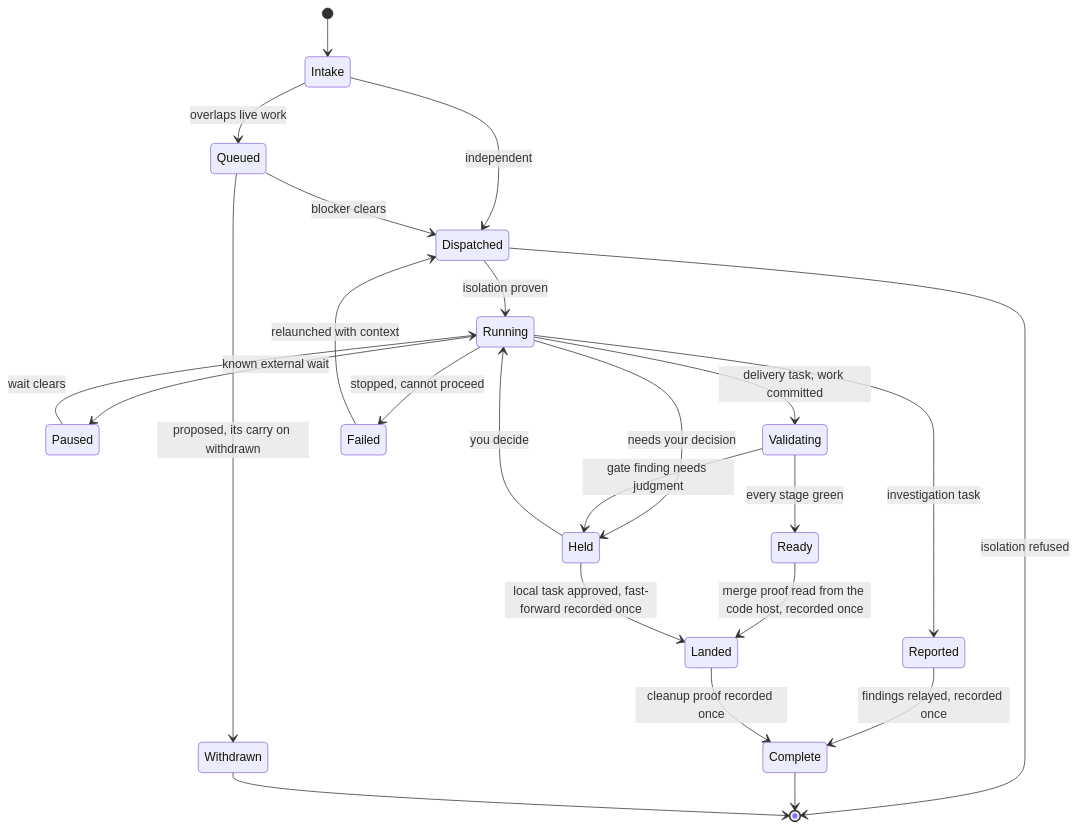
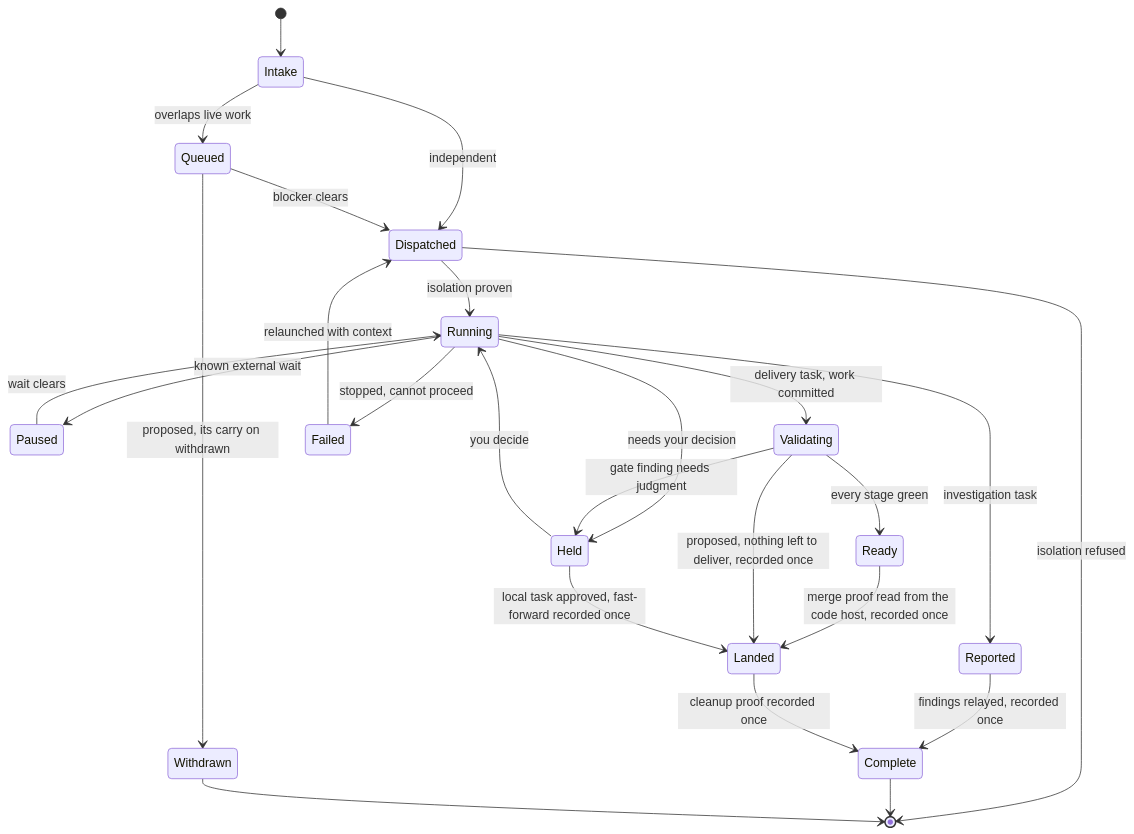
The fourth of 11 diagrams in docs/prd.md (dayamjz/assistant), drawn with Mermaid before and after one commit. The commit also changed other lines of this file, not shown here.

````diff
--- a/docs/prd.md
+++ b/docs/prd.md
@@ -824,26 +824,27 @@
 ```mermaid
 stateDiagram-v2
   [*] --> Intake
   Intake --> Queued: overlaps live work
   Intake --> Dispatched: independent
   Queued --> Dispatched: blocker clears
   Queued --> Withdrawn: proposed, its carry on withdrawn
   Dispatched --> Running: isolation proven
   Dispatched --> [*]: isolation refused
   Running --> Held: needs your decision
   Held --> Running: you decide
   Running --> Paused: known external wait
   Paused --> Running: wait clears
   Running --> Validating: delivery task, work committed
   Validating --> Held: gate finding needs judgment
   Validating --> Ready: every stage green
   Running --> Reported: investigation task
   Ready --> Landed: merge proof read from the code host, recorded once
+  Validating --> Landed: proposed, nothing left to deliver, recorded once
   Held --> Landed: local task approved, fast-forward recorded once
   Reported --> Complete: findings relayed, recorded once
   Landed --> Complete: cleanup proof recorded once
   Running --> Failed: stopped, cannot proceed
   Failed --> Dispatched: relaunched with context
   Complete --> [*]
   Withdrawn --> [*]
 ```
````
